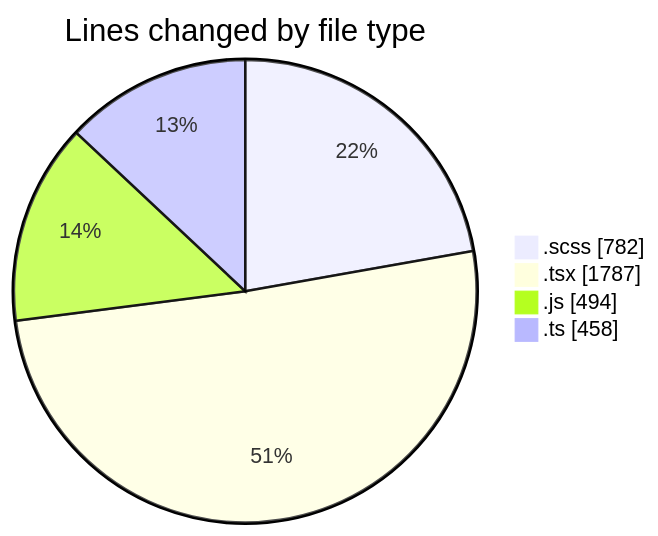
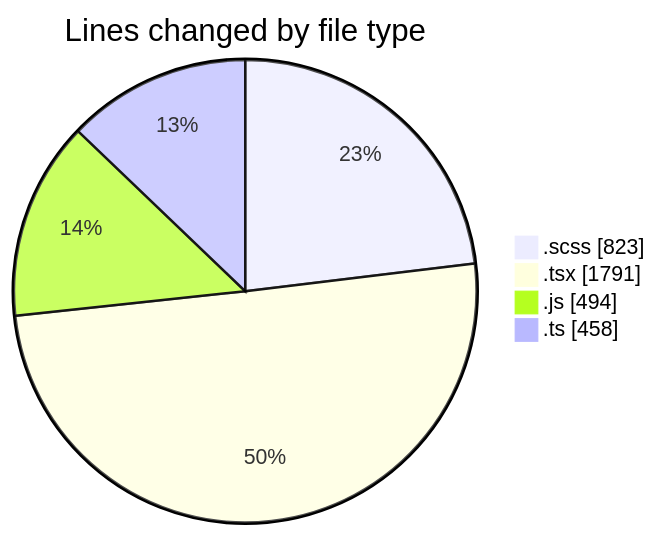
The first of 2 diagrams in 2025-03-14/cda/README.md (momahboobian/code-tracking), drawn with Mermaid before and after one commit. The commit also changed other lines of this file and 1 other file, not shown here.

````diff
--- a/2025-03-14/cda/README.md
+++ b/2025-03-14/cda/README.md
@@ -39,8 +39,8 @@
 ```mermaid
 pie showData
 title Lines changed by file type
-".scss" : 782
-".tsx" : 1787
+".scss" : 823
+".tsx" : 1791
 ".js" : 494
 ".ts" : 458
 ```
````
